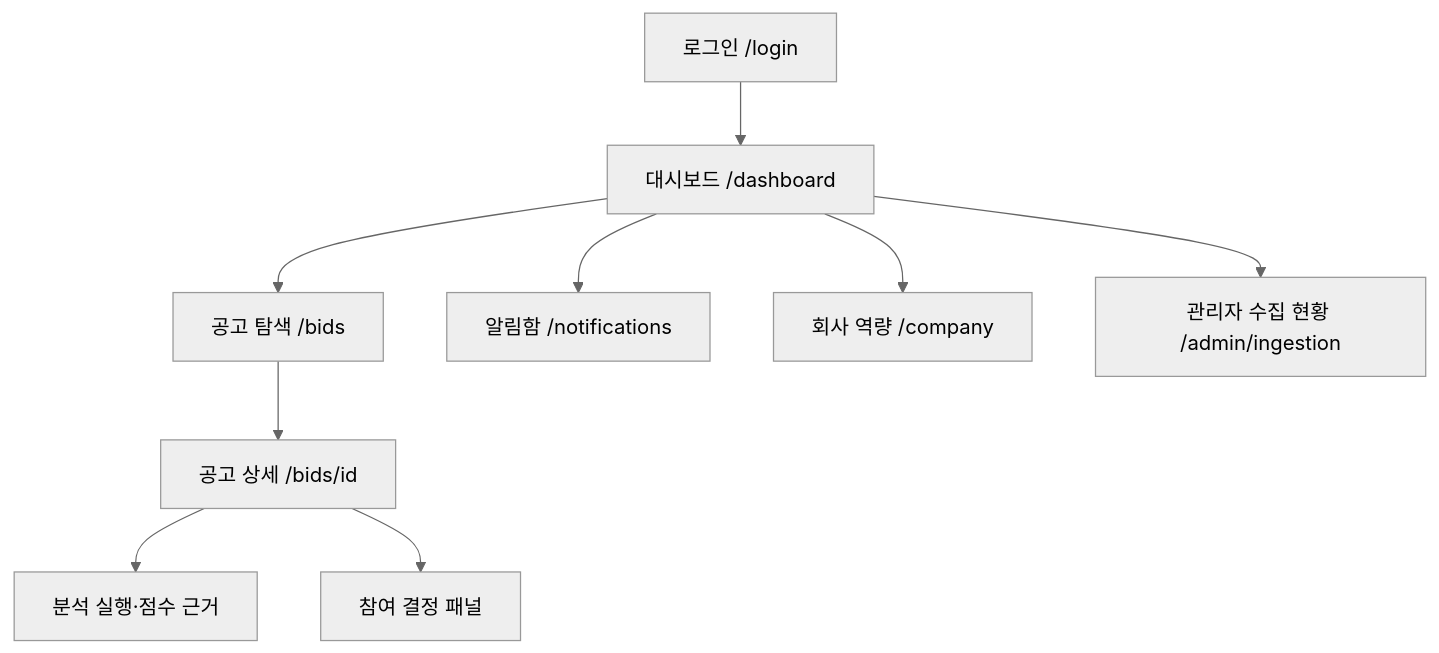
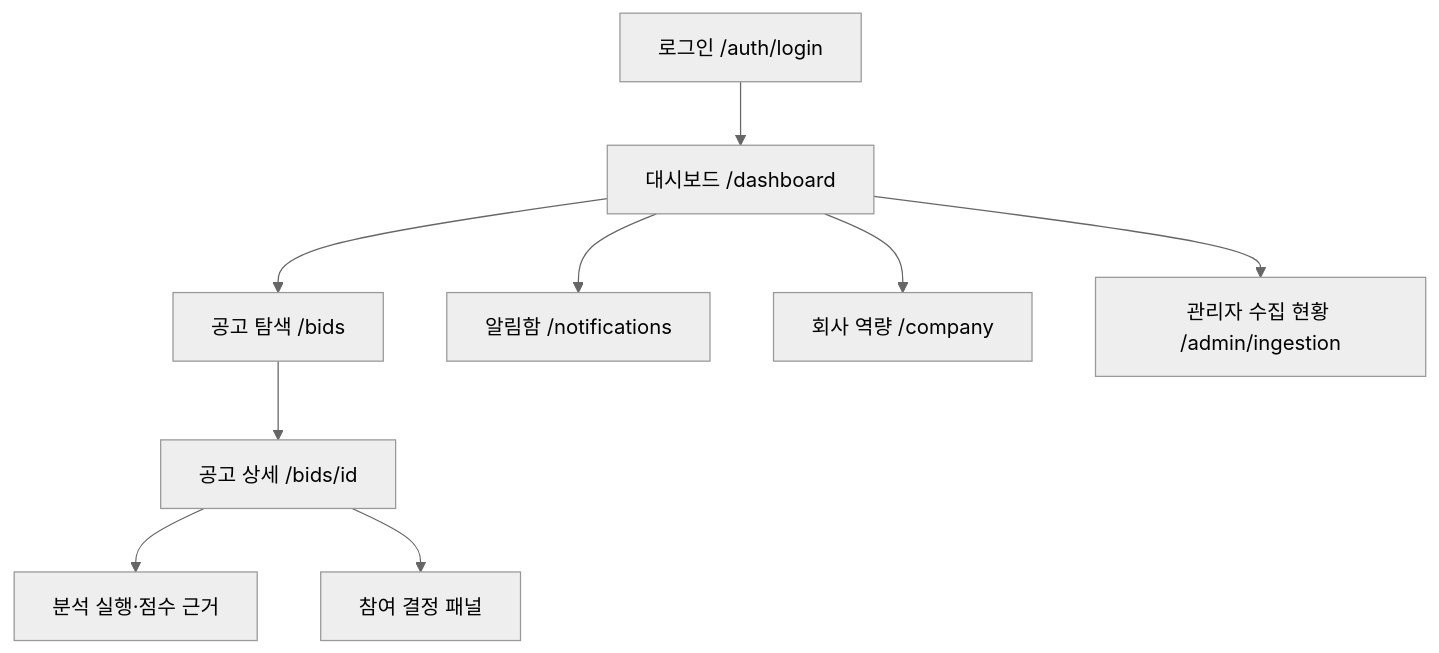
Before and after one commit to solideoai/sol-radar: the diagram in docs/06-UI-UX.md, drawn with Mermaid (neutral theme). The commit also changed other lines of this file and 26 other files, not shown here.

````diff
--- a/docs/06-UI-UX.md
+++ b/docs/06-UI-UX.md
@@ -27,11 +27,11 @@
 ```mermaid
 flowchart TD
- L[로그인 /login] --> D[대시보드 /dashboard]
+ L[로그인 /auth/login] --> D[대시보드 /dashboard]
  D --> B[공고 탐색 /bids]
  B --> S[공고 상세 /bids/id]
  S --> A[분석 실행·점수 근거]
  S --> R[참여 결정 패널]
  D --> N[알림함 /notifications]
  D --> C[회사 역량 /company]
  D --> M[관리자 수집 현황 /admin/ingestion]
 ```
````
